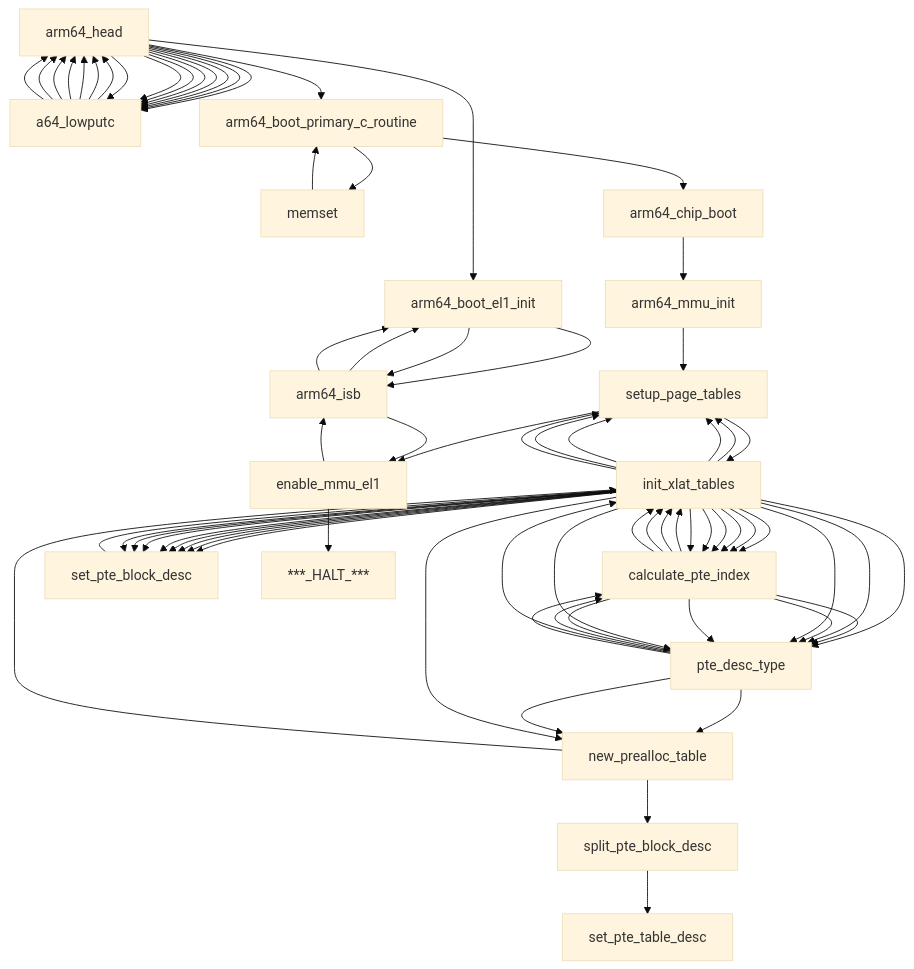
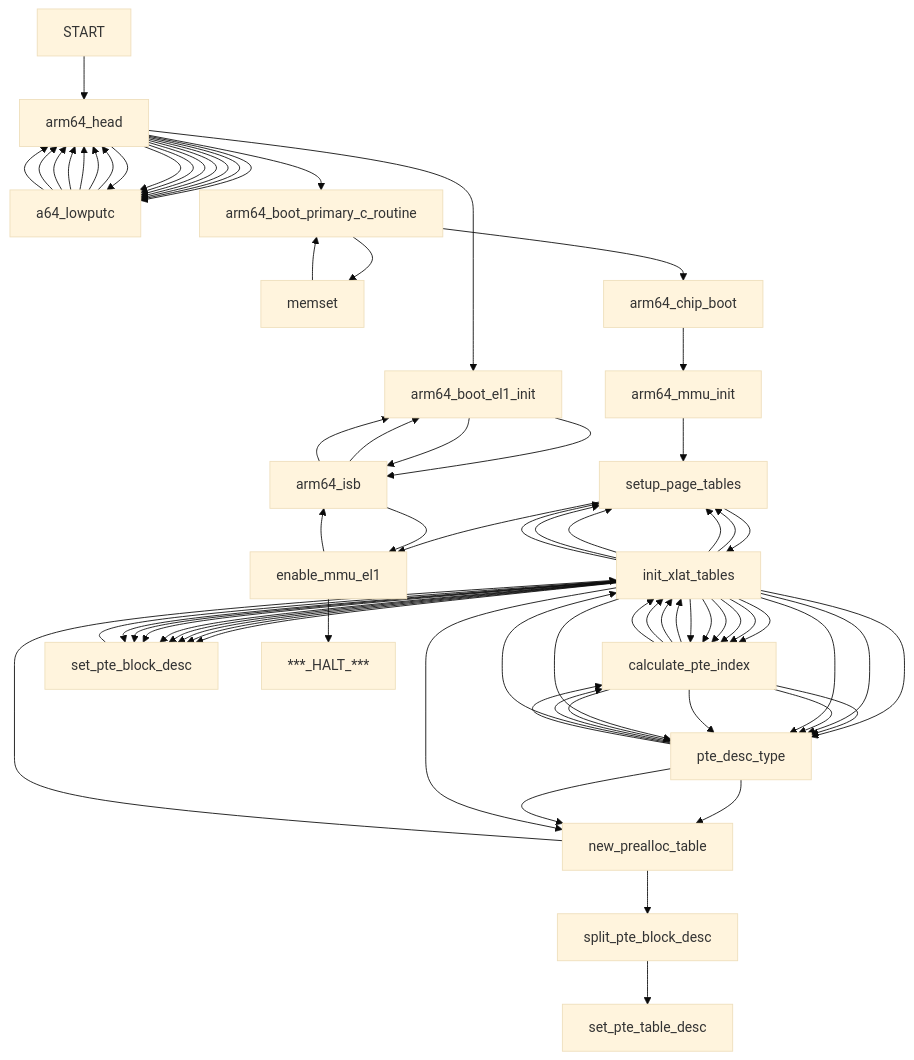
One commit to lupyuen/pinephone-emulator changed the diagram in README.md. Above: the diagram before and after it, drawn with Mermaid (base theme). The commit also changed 1 other file, not shown here.

Commit message:
Add START

````diff
--- a/README.md
+++ b/README.md
@@ -703,5 +703,6 @@
 ```mermaid
   flowchart TD
+  START --> arm64_head
   arm64_head --> a64_lowputc
   click arm64_head href "https://github.com/apache/nuttx/blob/master/arch/arm64/src/common/arm64_head.S#L104" "arch/arm64/src/common/arm64_head.S "
   a64_lowputc --> arm64_head
````
